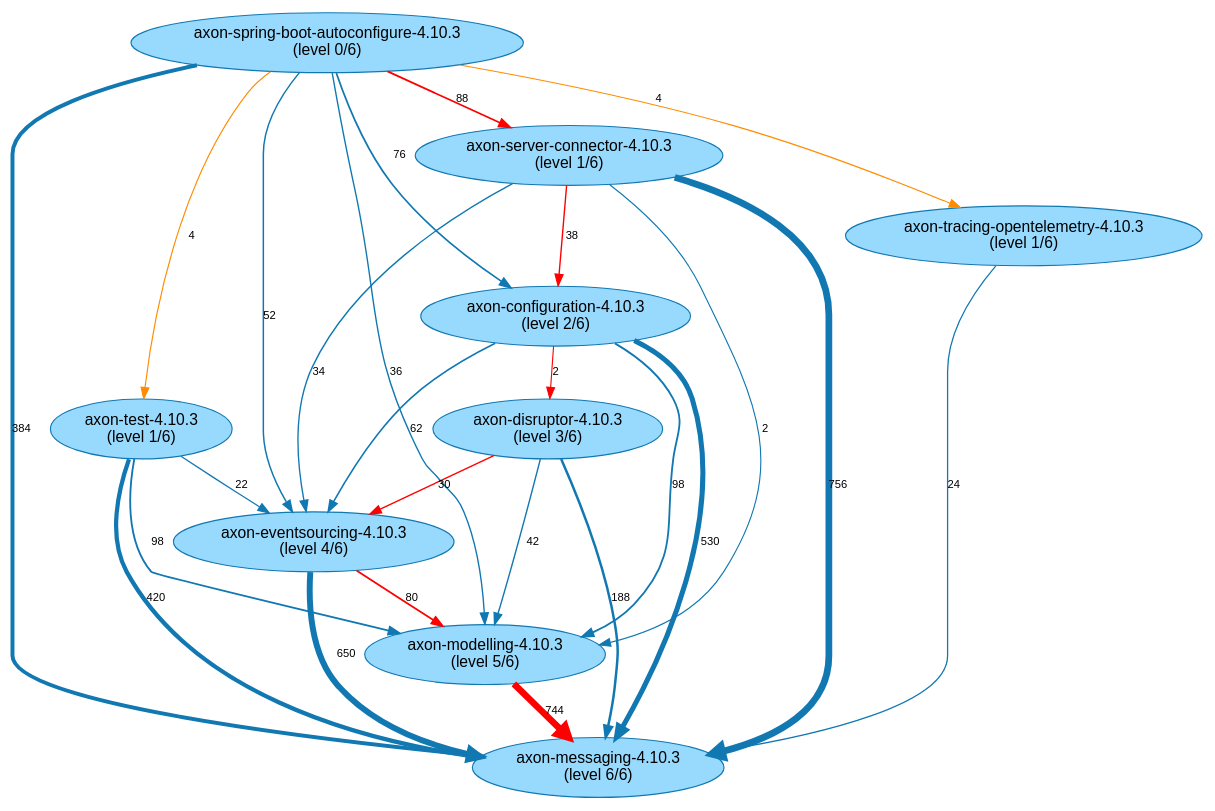
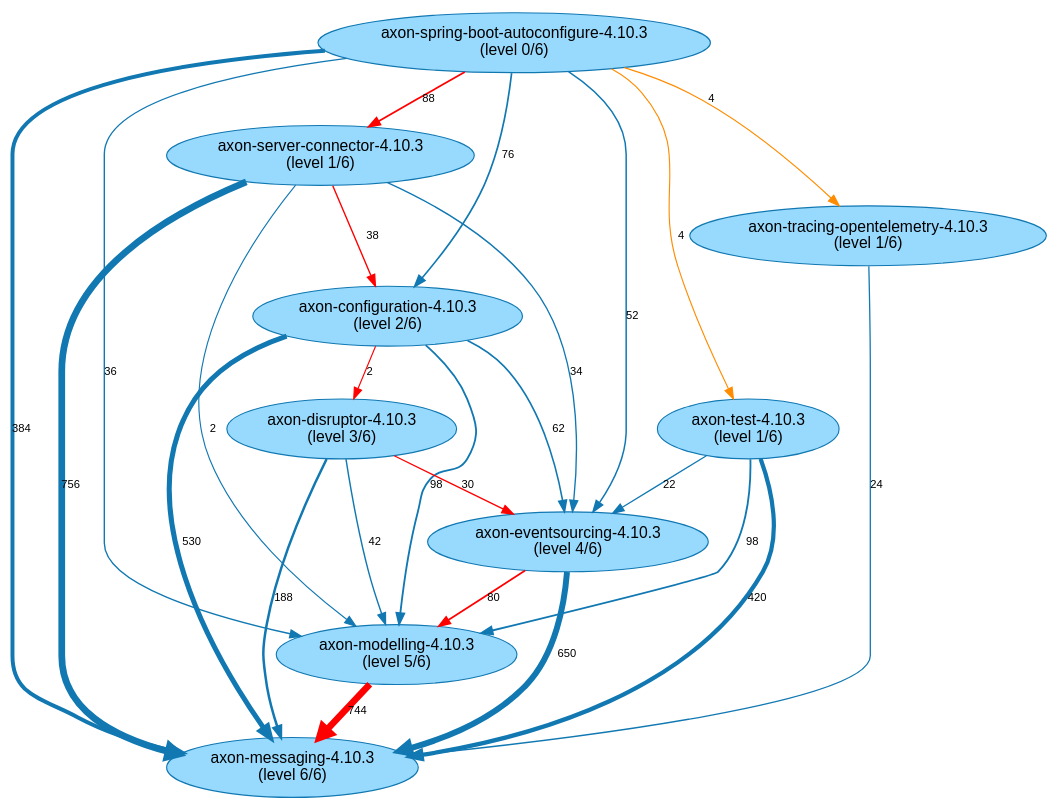
One commit to JohT/code-graph-analysis-examples changed the diagram in analysis-results/AxonFramework-4.10.3/path-finding-visualization/JavaArtifactLongestPaths.gv. Above: the diagram before and after it, drawn with Graphviz. The commit also changed other lines of this file and 110 other files, not shown here.

```diff
--- a/analysis-results/AxonFramework-4.10.3/path-finding-visualization/JavaArtifactLongestPaths.gv
+++ b/analysis-results/AxonFramework-4.10.3/path-finding-visualization/JavaArtifactLongestPaths.gv
@@ -1,37 +1,37 @@
 // This GraphViz dot file was generated by the script convertQueryResultCsvToGraphVizDotFile.sh with default.template
 
 strict digraph JavaArtifactLongestPaths {
     fontname = "Helvetica,Arial,sans-serif";
     node [fontname = "Helvetica,Arial,sans-serif";];
     edge [fontname = "Helvetica,Arial,sans-serif"; fontsize = 10;];
     node [style = filled; fillcolor = "0.560 0.400 0.999";];
     node [color = "0.560 0.900 0.700";];
     edge [color = "0.560 0.900 0.700";];
 	"axon-eventsourcing-4.10.3\n(level 4/6)" -> "axon-messaging-4.10.3\n(level 6/6)" [label=650; penwidth=5.3; ];
 	"axon-eventsourcing-4.10.3\n(level 4/6)" -> "axon-modelling-4.10.3\n(level 5/6)" [label=80; penwidth=1.52; color="red"; ];
-	"axon-spring-boot-autoconfigure-4.10.3\n(level 0/6)" -> "axon-server-connector-4.10.3\n(level 1/6)" [label=88; penwidth=1.57; color="red"; ];
 	"axon-spring-boot-autoconfigure-4.10.3\n(level 0/6)" -> "axon-messaging-4.10.3\n(level 6/6)" [label=384; penwidth=3.53; ];
 	"axon-spring-boot-autoconfigure-4.10.3\n(level 0/6)" -> "axon-configuration-4.10.3\n(level 2/6)" [label=76; penwidth=1.49; ];
 	"axon-spring-boot-autoconfigure-4.10.3\n(level 0/6)" -> "axon-eventsourcing-4.10.3\n(level 4/6)" [label=52; penwidth=1.33; ];
+	"axon-spring-boot-autoconfigure-4.10.3\n(level 0/6)" -> "axon-server-connector-4.10.3\n(level 1/6)" [label=88; penwidth=1.57; color="red"; ];
 	"axon-spring-boot-autoconfigure-4.10.3\n(level 0/6)" -> "axon-modelling-4.10.3\n(level 5/6)" [label=36; penwidth=1.23; ];
+	"axon-spring-boot-autoconfigure-4.10.3\n(level 0/6)" -> "axon-tracing-opentelemetry-4.10.3\n(level 1/6)" [label=4; penwidth=1.01; ];
 	"axon-spring-boot-autoconfigure-4.10.3\n(level 0/6)" -> "axon-test-4.10.3\n(level 1/6)" [label=4; penwidth=1.01; ];
-	"axon-spring-boot-autoconfigure-4.10.3\n(level 0/6)" -> "axon-tracing-opentelemetry-4.10.3\n(level 1/6)" [label=4; penwidth=1.01; ];
 	"axon-server-connector-4.10.3\n(level 1/6)" -> "axon-messaging-4.10.3\n(level 6/6)" [label=756; penwidth=6.0; ];
+	"axon-server-connector-4.10.3\n(level 1/6)" -> "axon-eventsourcing-4.10.3\n(level 4/6)" [label=34; penwidth=1.21; ];
 	"axon-server-connector-4.10.3\n(level 1/6)" -> "axon-configuration-4.10.3\n(level 2/6)" [label=38; penwidth=1.24; color="red"; ];
-	"axon-server-connector-4.10.3\n(level 1/6)" -> "axon-eventsourcing-4.10.3\n(level 4/6)" [label=34; penwidth=1.21; ];
 	"axon-server-connector-4.10.3\n(level 1/6)" -> "axon-modelling-4.10.3\n(level 5/6)" [label=2; penwidth=1.0; ];
 	"axon-tracing-opentelemetry-4.10.3\n(level 1/6)" -> "axon-messaging-4.10.3\n(level 6/6)" [label=24; penwidth=1.15; ];
 	"axon-configuration-4.10.3\n(level 2/6)" -> "axon-messaging-4.10.3\n(level 6/6)" [label=530; penwidth=4.5; ];
 	"axon-configuration-4.10.3\n(level 2/6)" -> "axon-modelling-4.10.3\n(level 5/6)" [label=98; penwidth=1.64; ];
 	"axon-configuration-4.10.3\n(level 2/6)" -> "axon-eventsourcing-4.10.3\n(level 4/6)" [label=62; penwidth=1.4; ];
 	"axon-configuration-4.10.3\n(level 2/6)" -> "axon-disruptor-4.10.3\n(level 3/6)" [label=2; penwidth=1.0; color="red"; ];
 	"axon-modelling-4.10.3\n(level 5/6)" -> "axon-messaging-4.10.3\n(level 6/6)" [label=744; penwidth=5.92; color="red"; ];
 	"axon-disruptor-4.10.3\n(level 3/6)" -> "axon-messaging-4.10.3\n(level 6/6)" [label=188; penwidth=2.23; ];
 	"axon-disruptor-4.10.3\n(level 3/6)" -> "axon-eventsourcing-4.10.3\n(level 4/6)" [label=30; penwidth=1.19; color="red"; ];
 	"axon-disruptor-4.10.3\n(level 3/6)" -> "axon-modelling-4.10.3\n(level 5/6)" [label=42; penwidth=1.27; ];
 	"axon-test-4.10.3\n(level 1/6)" -> "axon-messaging-4.10.3\n(level 6/6)" [label=420; penwidth=3.77; ];
+	"axon-test-4.10.3\n(level 1/6)" -> "axon-eventsourcing-4.10.3\n(level 4/6)" [label=22; penwidth=1.13; ];
 	"axon-test-4.10.3\n(level 1/6)" -> "axon-modelling-4.10.3\n(level 5/6)" [label=98; penwidth=1.64; ];
-	"axon-test-4.10.3\n(level 1/6)" -> "axon-eventsourcing-4.10.3\n(level 4/6)" [label=22; penwidth=1.13; ];
 	"axon-spring-boot-autoconfigure-4.10.3\n(level 0/6)" -> "axon-tracing-opentelemetry-4.10.3\n(level 1/6)" [label=4; penwidth=1.01; color="darkorange"; ];
 	"axon-spring-boot-autoconfigure-4.10.3\n(level 0/6)" -> "axon-test-4.10.3\n(level 1/6)" [label=4; penwidth=1.01; color="darkorange"; ];
 }
```
